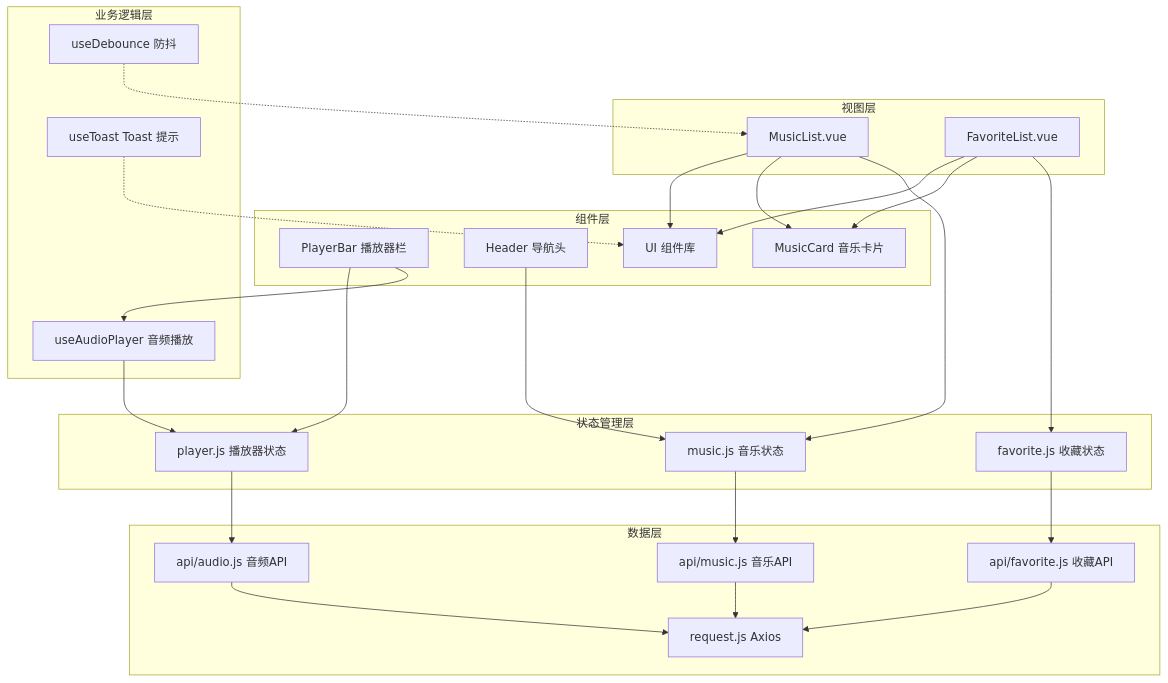
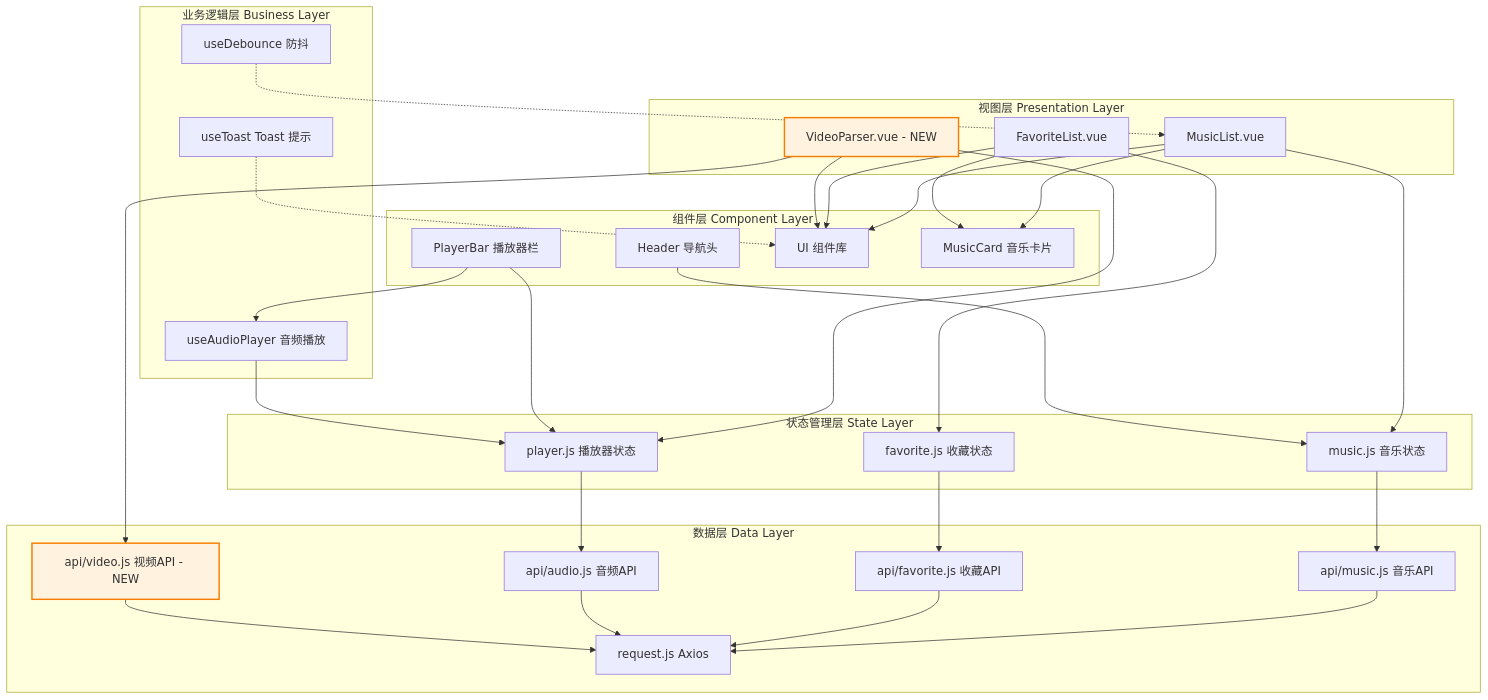
The second of 2 diagrams in CLAUDE.md (naruto055/wangyiyun-music-front), drawn with Mermaid before and after one commit. The commit also changed other lines of this file and 1 other file, not shown here.

````diff
--- a/CLAUDE.md
+++ b/CLAUDE.md
@@ -78,57 +159,66 @@
 ```mermaid
 graph TB
-    subgraph "视图层"
+    subgraph "视图层 Presentation Layer"
         A[MusicList.vue]
         B[FavoriteList.vue]
+        C[VideoParser.vue - NEW]
     end
 
-    subgraph "组件层"
-        C[PlayerBar 播放器栏]
-        D[Header 导航头]
-        E[UI 组件库]
-        F[MusicCard 音乐卡片]
+    subgraph "组件层 Component Layer"
+        D[PlayerBar 播放器栏]
+        E[Header 导航头]
+        F[UI 组件库]
+        G[MusicCard 音乐卡片]
     end
 
-    subgraph "状态管理层"
-        G[player.js 播放器状态]
-        H[music.js 音乐状态]
-        I[favorite.js 收藏状态]
+    subgraph "状态管理层 State Layer"
+        H[player.js 播放器状态]
+        I[music.js 音乐状态]
+        J[favorite.js 收藏状态]
     end
 
-    subgraph "业务逻辑层"
-        J[useAudioPlayer 音频播放]
-        K[useToast Toast 提示]
-        L[useDebounce 防抖]
+    subgraph "业务逻辑层 Business Layer"
+        K[useAudioPlayer 音频播放]
+        L[useToast Toast 提示]
+        M[useDebounce 防抖]
     end
 
-    subgraph "数据层"
-        M[request.js Axios]
-        N[api/music.js 音乐API]
-        O[api/favorite.js 收藏API]
-        P[api/audio.js 音频API]
+    subgraph "数据层 Data Layer"
+        N[request.js Axios]
+        O[api/music.js 音乐API]
+        P[api/favorite.js 收藏API]
+        Q[api/audio.js 音频API]
+        R[api/video.js 视频API - NEW]
     end
 
-    A --> E
-    B --> E
     A --> F
     B --> F
+    C --> F
+    A --> G
+    B --> G
 
-    A --> H
-    B --> I
-    C --> G
+    A --> I
+    B --> J
+    C --> H
     D --> H
+    E --> I
 
-    C --> J
-    J --> G
+    D --> K
+    K --> H
 
-    H --> N
     I --> O
-    G --> P
+    J --> P
+    H --> Q
+    C --> R
 
-    N --> M
-    O --> M
-    P --> M
+    O --> N
+    P --> N
+    Q --> N
+    R --> N
 
-    K -.-> E
-    L -.-> A
+    L -.-> F
+    M -.-> A
+
+    style C fill:#fff3e0,stroke:#f57c00,stroke-width:2px
+    style R fill:#fff3e0,stroke:#f57c00,stroke-width:2px
 ```
````
